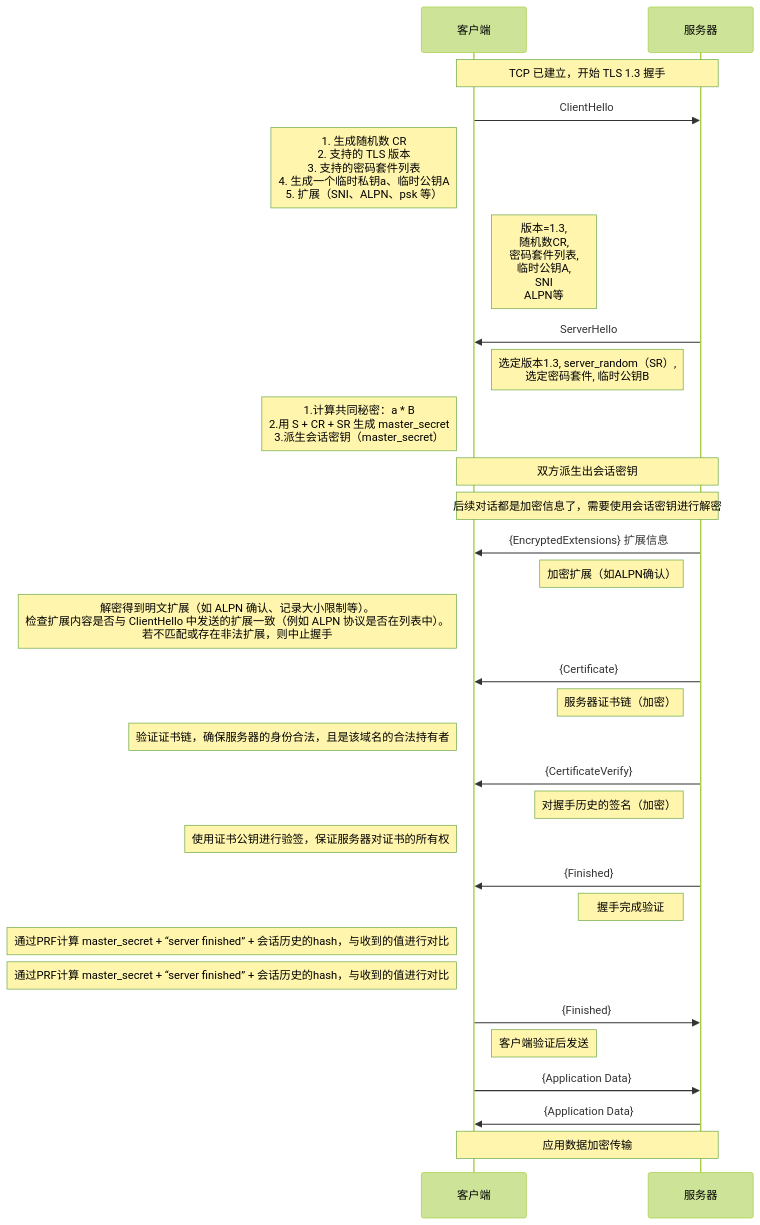
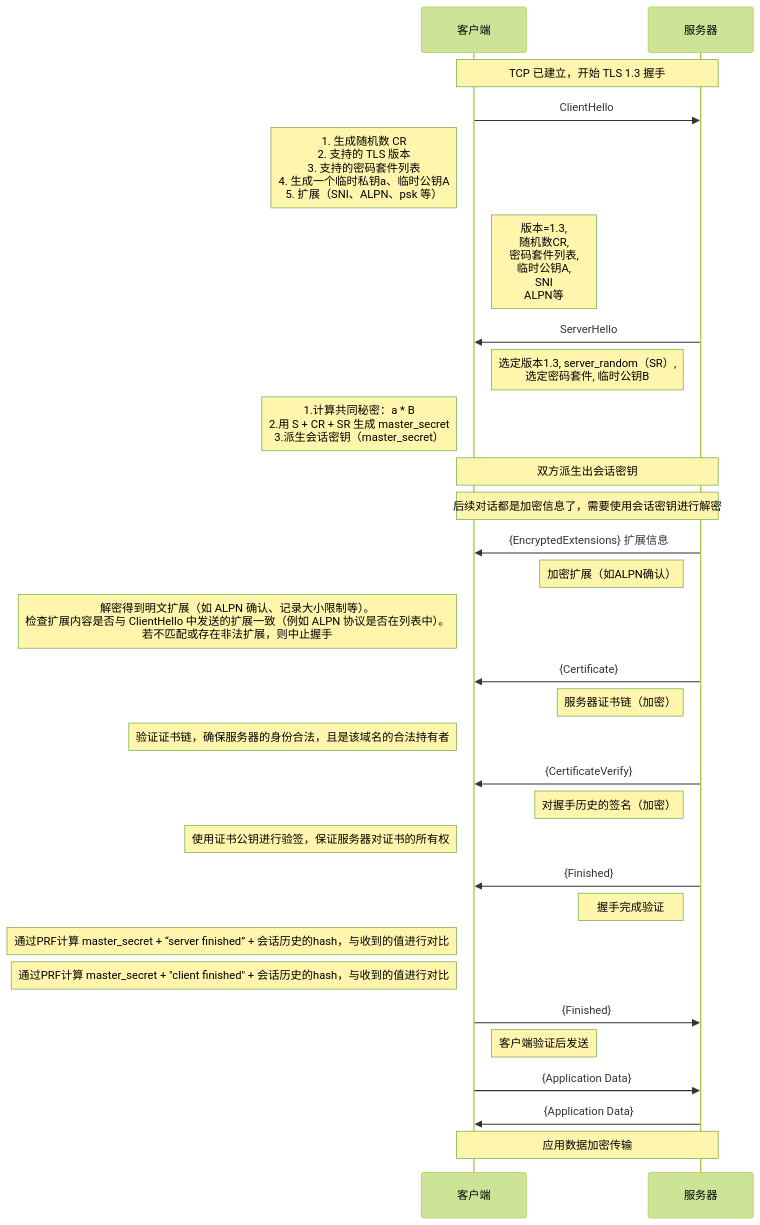
Before and after one commit to HY-10-8/iodraw-files: the diagram in all/TLS-1.3-通用.md, drawn with Mermaid (forest theme).

Commit message:
2026-03-30 18:59:39 update

````diff
--- a/all/TLS-1.3-通用.md
+++ b/all/TLS-1.3-通用.md
@@ -1,42 +1,42 @@
 ```mermaid
 sequenceDiagram
     participant C as 客户端
     participant S as 服务器
 
     Note over C,S: TCP 已建立，开始 TLS 1.3 握手
 
     C->>S: ClientHello
     Note left of C: 1. 生成随机数 CR<br/> 2. 支持的 TLS 版本<br/> 3. 支持的密码套件列表<br/> 4. 生成一个临时私钥a、临时公钥A<br/> 5. 扩展（SNI、ALPN、psk 等）
     Note right of C: 版本=1.3,<br/> 随机数CR,<br/> 密码套件列表,<br/> 临时公钥A,<br/> SNI<br/> ALPN等
 
     S->>C: ServerHello
     Note left of S: 选定版本1.3, server_random（SR）,<br/> 选定密码套件, 临时公钥B
     Note left of C: 1.计算共同秘密：a * B<br/> 2.用 S + CR + SR 生成 master_secret<br/> 3.派生会话密钥（master_secret）
 
     Note over C,S: 双方派生出会话密钥
     Note over C,S: 后续对话都是加密信息了，需要使用会话密钥进行解密
 
     S->>C: {EncryptedExtensions} 扩展信息
     Note left of S: 加密扩展（如ALPN确认）
     Note left of C: 解密得到明文扩展（如 ALPN 确认、记录大小限制等）。<br/>检查扩展内容是否与 ClientHello 中发送的扩展一致（例如 ALPN 协议是否在列表中）。<br/> 若不匹配或存在非法扩展，则中止握手
 
     S->>C: {Certificate}
     Note left of S: 服务器证书链（加密）
     Note left of C: 验证证书链，确保服务器的身份合法，且是该域名的合法持有者
 
     S->>C: {CertificateVerify}
     Note left of S: 对握手历史的签名（加密）
     Note left of C: 使用证书公钥进行验签，保证服务器对证书的所有权
 
     S->>C: {Finished}
     Note left of S: 握手完成验证
     Note left of C: 通过PRF计算 master_secret + “server finished” + 会话历史的hash，与收到的值进行对比
-    Note left of C: 通过PRF计算 master_secret + “server finished” + 会话历史的hash，与收到的值进行对比
+    Note left of C: 通过PRF计算 master_secret + "client finished" + 会话历史的hash，与收到的值进行对比
 
     C->>S: {Finished}
     Note right of C: 客户端验证后发送
 
     C->>S: {Application Data}
     S->>C: {Application Data}
     Note over C,S: 应用数据加密传输
 ```
````
